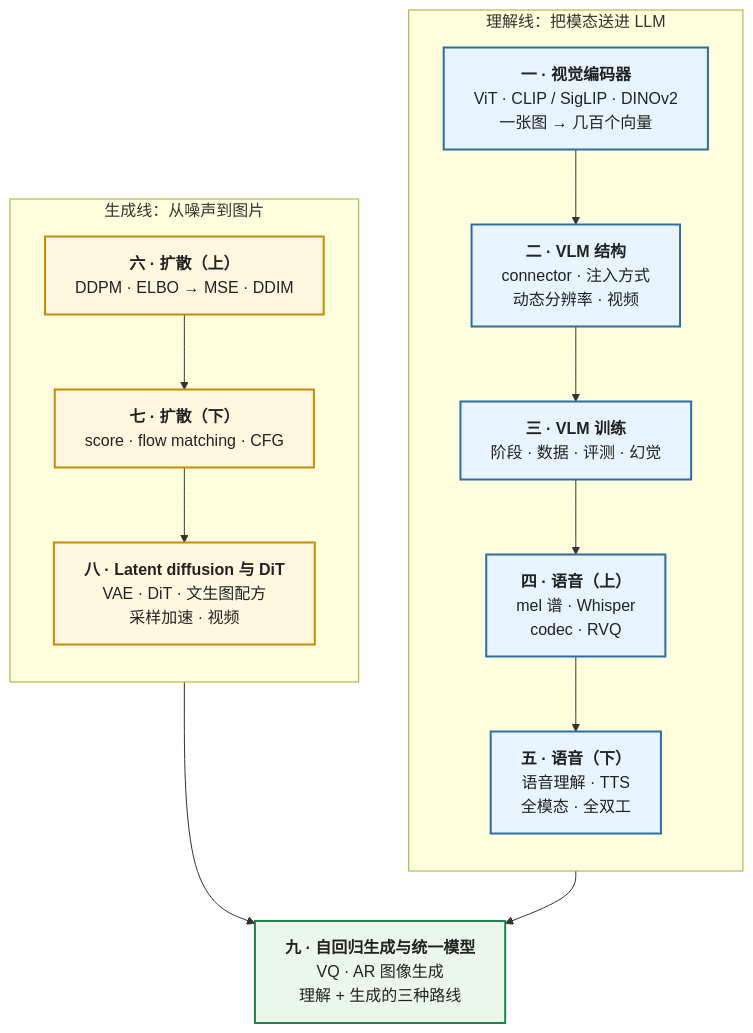
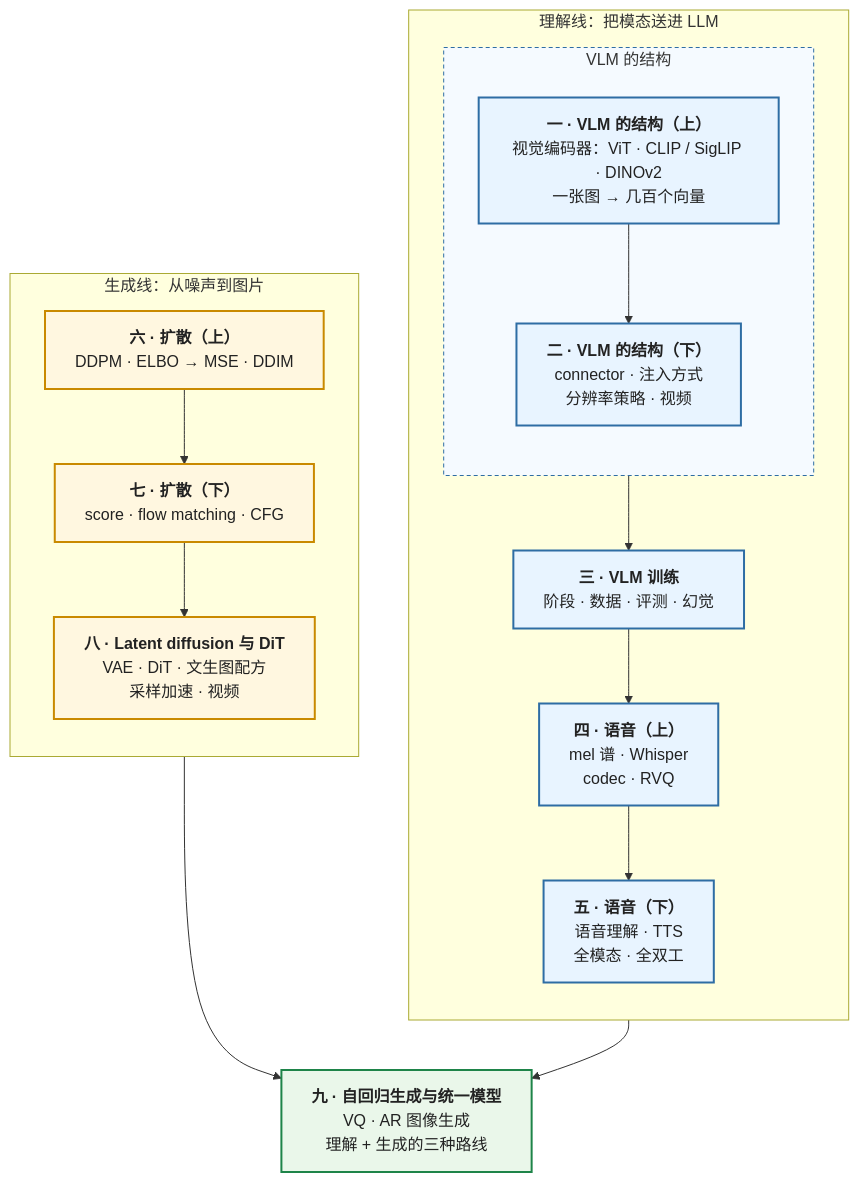
One commit to arganzheng/arganzheng.github.com changed the diagram in _posts/2026-05-02-multimodal-from-vision-encoders-to-diffusion.md. Above: the diagram before and after it, drawn with Mermaid. The commit also changed other lines of this file and 16 other files, not shown here.

````diff
--- a/_posts/2026-05-02-multimodal-from-vision-encoders-to-diffusion.md
+++ b/_posts/2026-05-02-multimodal-from-vision-encoders-to-diffusion.md
@@ -176,46 +177,50 @@
 ```mermaid
 %%{init: {"flowchart": {"wrappingWidth": 240}}}%%
 %% 图：多模态系列的主线：理解线把模态送进 LLM，生成线从噪声到图片，两条线在统一模型交汇
 flowchart TB
     subgraph U["理解线：把模态送进 LLM"]
         direction TB
-        ENC["`**一 · 视觉编码器**
-ViT · CLIP / SigLIP · DINOv2
+        subgraph VLM["VLM 的结构"]
+            direction TB
+            ENC["`**一 · VLM 的结构（上）**
+视觉编码器：ViT · CLIP / SigLIP · DINOv2
 一张图 → 几百个向量`"]
-        ARCH["`**二 · VLM 结构**
+            ARCH["`**二 · VLM 的结构（下）**
 connector · 注入方式
-动态分辨率 · 视频`"]
+分辨率策略 · 视频`"]
+        end
         TRAIN["`**三 · VLM 训练**
 阶段 · 数据 · 评测 · 幻觉`"]
         AUDIO["`**四 · 语音（上）**
 mel 谱 · Whisper
 codec · RVQ`"]
         AUDIO2["`**五 · 语音（下）**
 语音理解 · TTS
 全模态 · 全双工`"]
         ENC --> ARCH --> TRAIN --> AUDIO --> AUDIO2
     end
     subgraph G["生成线：从噪声到图片"]
         direction TB
         DIFF["`**六 · 扩散（上）**
 DDPM · ELBO → MSE · DDIM`"]
         DIFF2["`**七 · 扩散（下）**
 score · flow matching · CFG`"]
         LDM["`**八 · Latent diffusion 与 DiT**
 VAE · DiT · 文生图配方
 采样加速 · 视频`"]
         DIFF --> DIFF2 --> LDM
     end
     UNI["`**九 · 自回归生成与统一模型**
 VQ · AR 图像生成
 理解 + 生成的三种路线`"]
     AUDIO2 --> UNI
     LDM --> UNI
 
     classDef und fill:#e8f4ff,stroke:#2e6da4,stroke-width:2px,color:#222
     classDef gen fill:#fff7e0,stroke:#c98a00,stroke-width:2px,color:#222
     classDef uni fill:#eaf7ea,stroke:#1e8449,stroke-width:2px,color:#222
     class ENC,ARCH,TRAIN,AUDIO,AUDIO2 und
     class DIFF,DIFF2,LDM gen
     class UNI uni
+    style VLM fill:#f5faff,stroke:#2e6da4,stroke-dasharray:4 3
 ```
````
